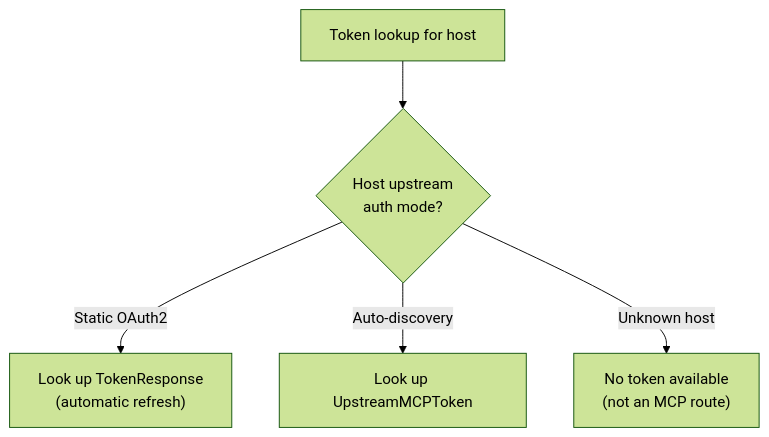
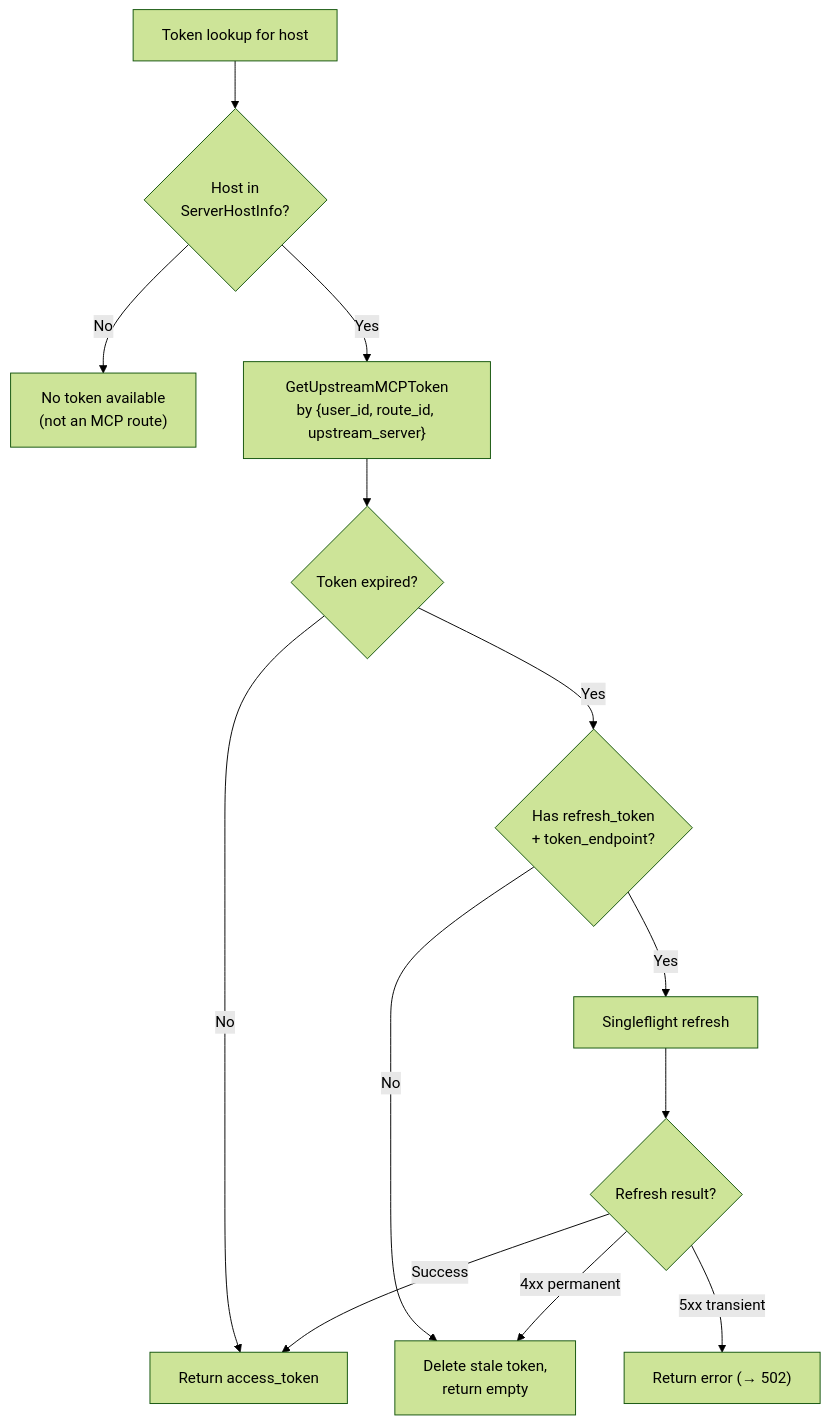
The fifth of 10 diagrams in internal/mcp/DESIGN.md (pomerium/pomerium), drawn with Mermaid (forest theme) before and after one commit. The commit also changed other lines of this file, not shown here.

Commit message:
docs: update DESIGN.md to reflect unified upstream OAuth architecture

````diff
--- a/internal/mcp/DESIGN.md
+++ b/internal/mcp/DESIGN.md
@@ -398,13 +401,26 @@
 ```mermaid
 flowchart TD
     Start["Token lookup for host"]
-    Check{"Host upstream<br/>auth mode?"}
-    StaticPath["Look up TokenResponse<br/>(automatic refresh)"]
-    AutoPath["Look up UpstreamMCPToken"]
+    CheckHost{"Host in<br/>ServerHostInfo?"}
     NoToken["No token available<br/>(not an MCP route)"]
+    Lookup["GetUpstreamMCPToken<br/>by {user_id, route_id, upstream_server}"]
+    CheckExpired{"Token expired?"}
+    CheckRefresh{"Has refresh_token<br/>+ token_endpoint?"}
+    Refresh["Singleflight refresh"]
+    CheckError{"Refresh result?"}
+    ReturnToken["Return access_token"]
+    Delete["Delete stale token,<br/>return empty"]
+    Return502["Return error (→ 502)"]
 
-    Start --> Check
-    Check -->|Static OAuth2| StaticPath
-    Check -->|Auto-discovery| AutoPath
-    Check -->|Unknown host| NoToken
+    Start --> CheckHost
+    CheckHost -->|No| NoToken
+    CheckHost -->|Yes| Lookup
+    Lookup --> CheckExpired
+    CheckExpired -->|No| ReturnToken
+    CheckExpired -->|Yes| CheckRefresh
+    CheckRefresh -->|No| Delete
+    CheckRefresh -->|Yes| Refresh --> CheckError
+    CheckError -->|Success| ReturnToken
+    CheckError -->|4xx permanent| Delete
+    CheckError -->|5xx transient| Return502
 ```
````
